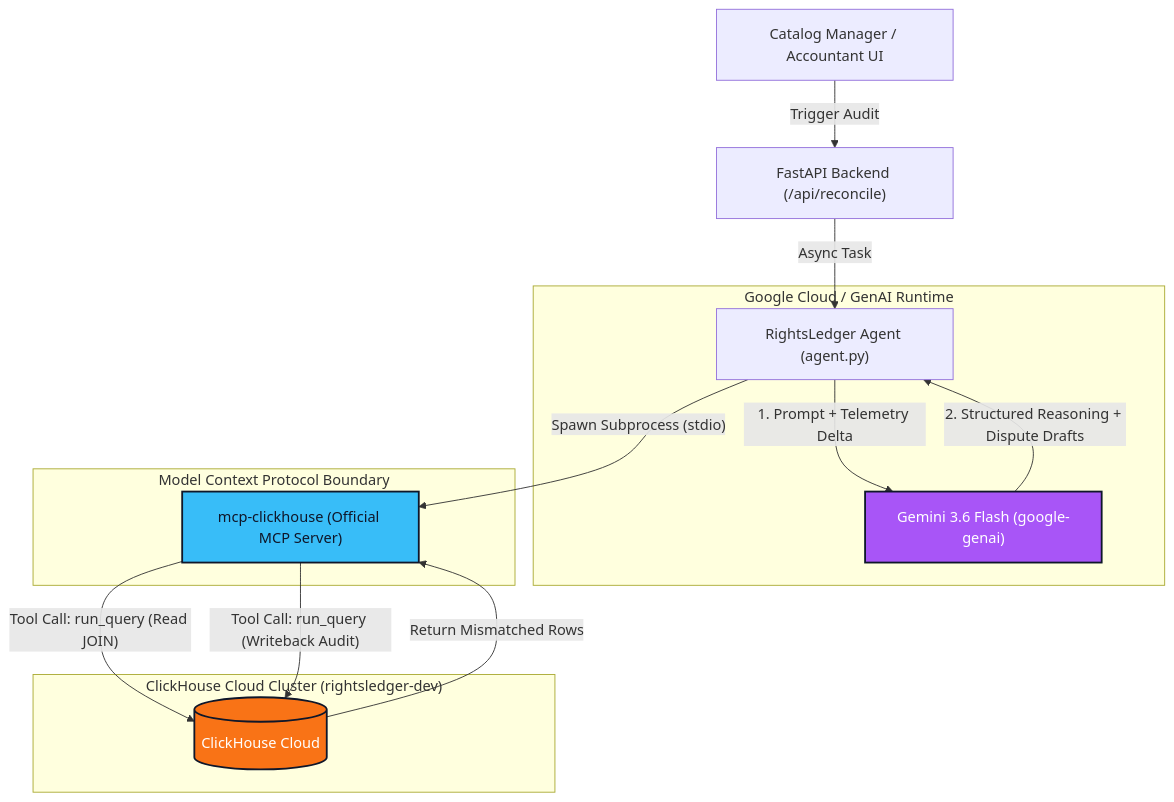
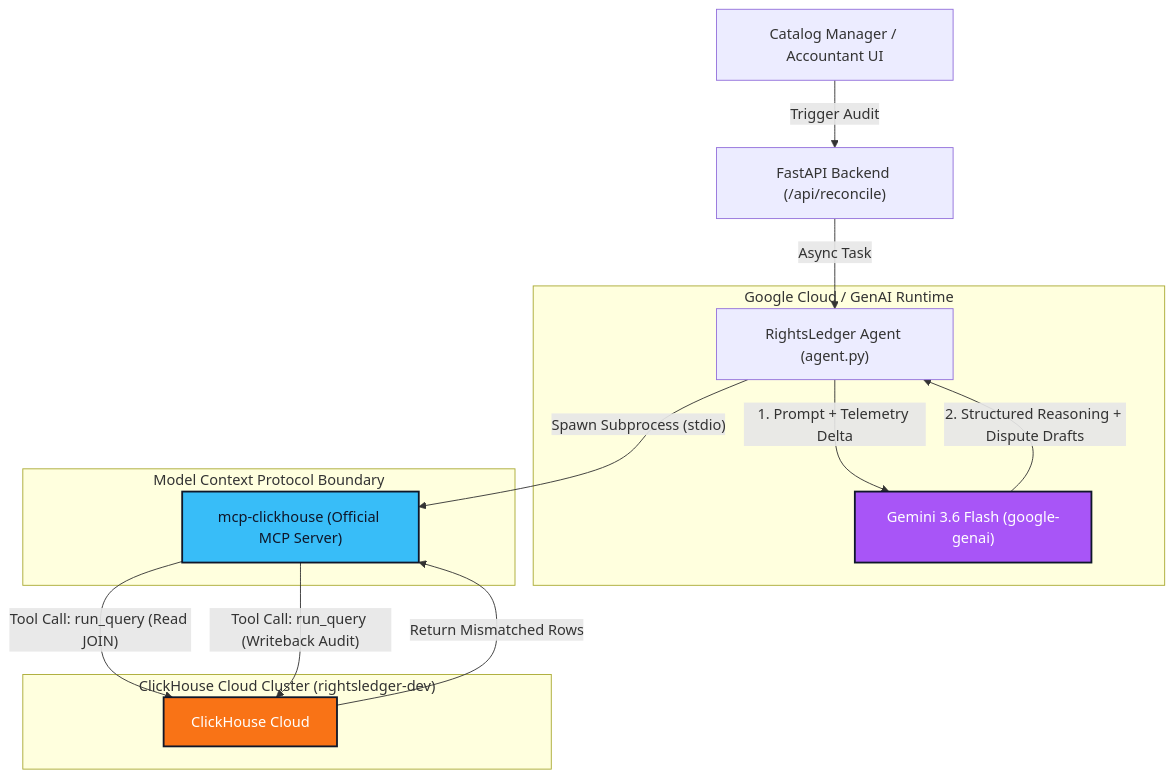
Before and after one commit to ahmadu2305/rightsledger: the diagram in README.md, drawn with Mermaid. The commit also changed other lines of this file, not shown here.

````diff
--- a/README.md
+++ b/README.md
@@ -19,24 +19,23 @@
 ```mermaid
 graph TD
     User["Catalog Manager / Accountant UI"] -->|"Trigger Audit"| FastAPI["FastAPI Backend (/api/reconcile)"]
     FastAPI -->|"Async Task"| Agent["RightsLedger Agent (agent.py)"]
-    
     subgraph "Google Cloud / GenAI Runtime"
         Agent -->|"1. Prompt + Telemetry Delta"| Gemini["Gemini 3.6 Flash (google-genai)"]
         Gemini -->|"2. Structured Reasoning + Dispute Drafts"| Agent
     end
 
     subgraph "Model Context Protocol Boundary"
         Agent -->|"Spawn Subprocess (stdio)"| MCP["mcp-clickhouse (Official MCP Server)"]
     end
 
     subgraph "ClickHouse Cloud Cluster (rightsledger-dev)"
-        MCP -->|"Tool Call: run_query (Read JOIN)"| CH[(ClickHouse Cloud)]
+        MCP -->|"Tool Call: run_query (Read JOIN)"| CH["ClickHouse Cloud"]
         CH -->|"Return Mismatched Rows"| MCP
         MCP -->|"Tool Call: run_query (Writeback Audit)"| CH
     end
 
     style MCP fill:#38bdf8,stroke:#0f172a,stroke-width:2px,color:#0f172a
     style CH fill:#f97316,stroke:#0f172a,stroke-width:2px,color:#fff
     style Gemini fill:#a855f7,stroke:#0f172a,stroke-width:2px,color:#fff
 ```
````
